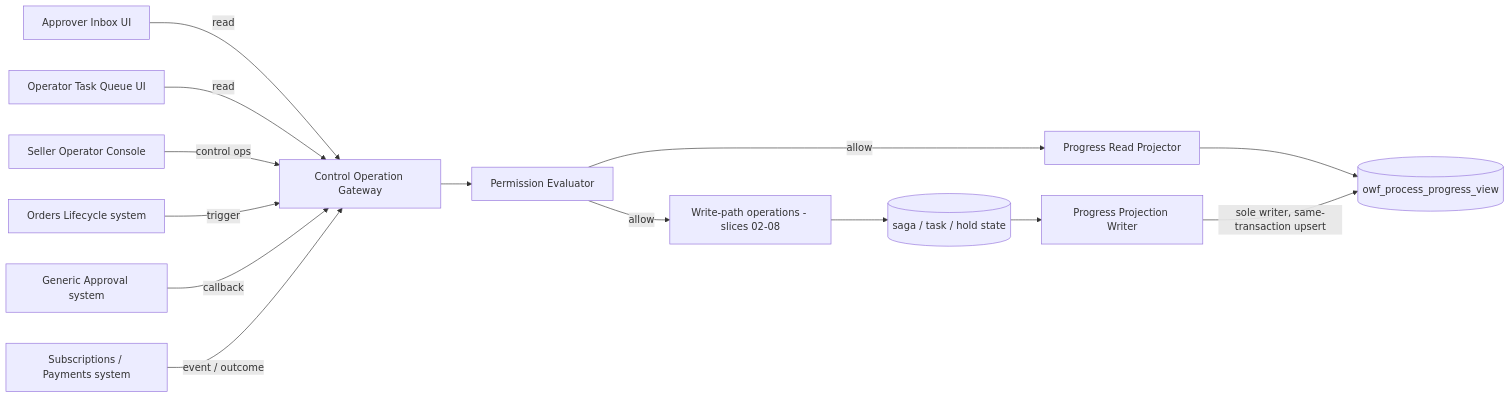
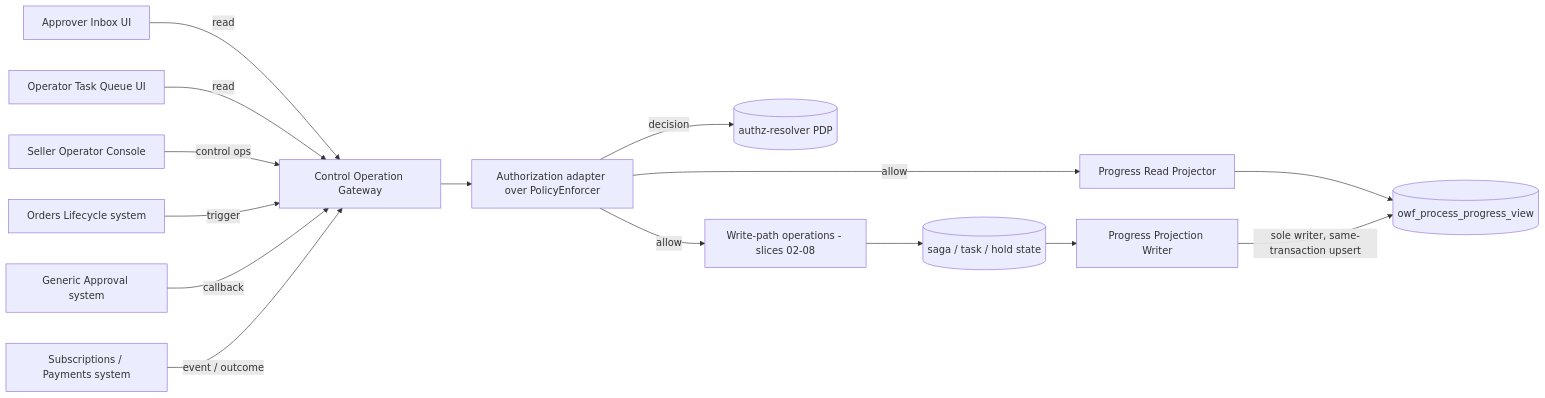
The first of 4 diagrams in gears/bss/orders-workflow/docs/design/09-read-and-authz.md (constructorfabric/gears-rust), drawn with Mermaid before and after one commit. The commit also changed other lines of this file and 9 other files, not shown here.

````diff
--- a/gears/bss/orders-workflow/docs/design/09-read-and-authz.md
+++ b/gears/bss/orders-workflow/docs/design/09-read-and-authz.md
@@ -344,16 +407,17 @@
 ```mermaid
 graph LR
     A[Approver Inbox UI] -->|read| G[Control Operation Gateway]
     B[Operator Task Queue UI] -->|read| G
     C[Seller Operator Console] -->|control ops| G
     D[Orders Lifecycle system] -->|trigger| G
     E[Generic Approval system] -->|callback| G
     F[Subscriptions / Payments system] -->|event / outcome| G
-    G --> H[Permission Evaluator]
+    G --> H[Authorization adapter over PolicyEnforcer]
+    H -->|decision| P[(authz-resolver PDP)]
     H -->|allow| I[Progress Read Projector]
     H -->|allow| J[Write-path operations - slices 02-08]
     I --> K[(owf_process_progress_view)]
     J --> L[(saga / task / hold state)]
     L --> W[Progress Projection Writer]
     W -->|sole writer, same-transaction upsert| K
 ```
````
